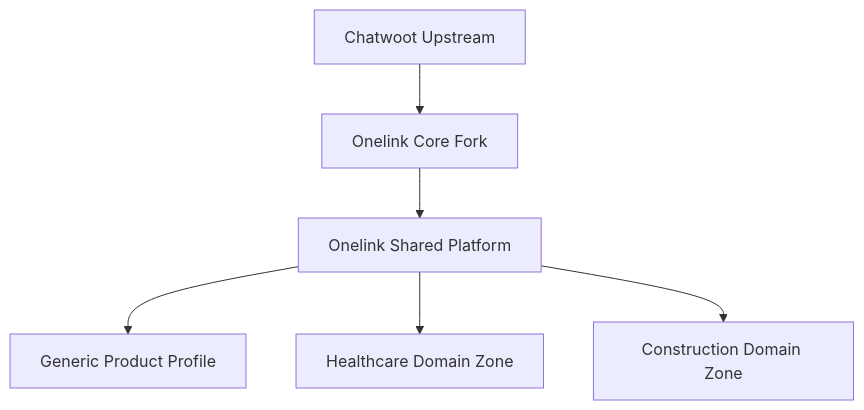
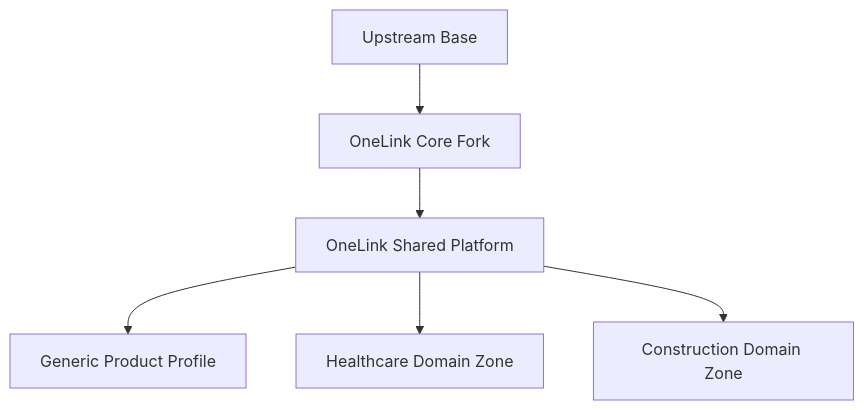
Before and after one commit to demomastra2025-eng/onelink-docs: the diagram in platform/overview.mdx, drawn with Mermaid. The commit also changed other lines of this file and 52 other files, not shown here.

Commit message:
docs: rebrand Mintlify UI for OneLink

````diff
--- a/platform/overview.mdx
+++ b/platform/overview.mdx
@@ -39,8 +39,8 @@
 ```mermaid
 flowchart TD
-    A[Chatwoot Upstream] --> B[Onelink Core Fork]
-    B --> C[Onelink Shared Platform]
+    A[Upstream Base] --> B[OneLink Core Fork]
+    B --> C[OneLink Shared Platform]
     C --> D[Generic Product Profile]
     C --> E[Healthcare Domain Zone]
     C --> F[Construction Domain Zone]
 ```
````
